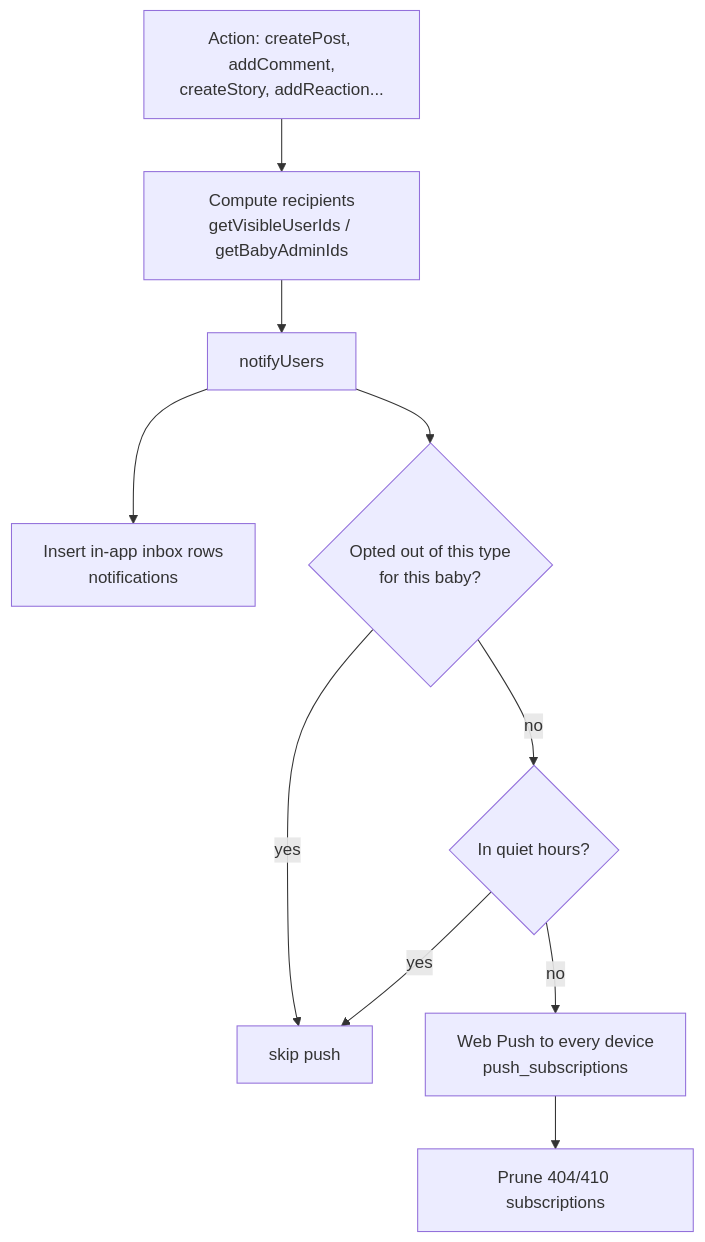
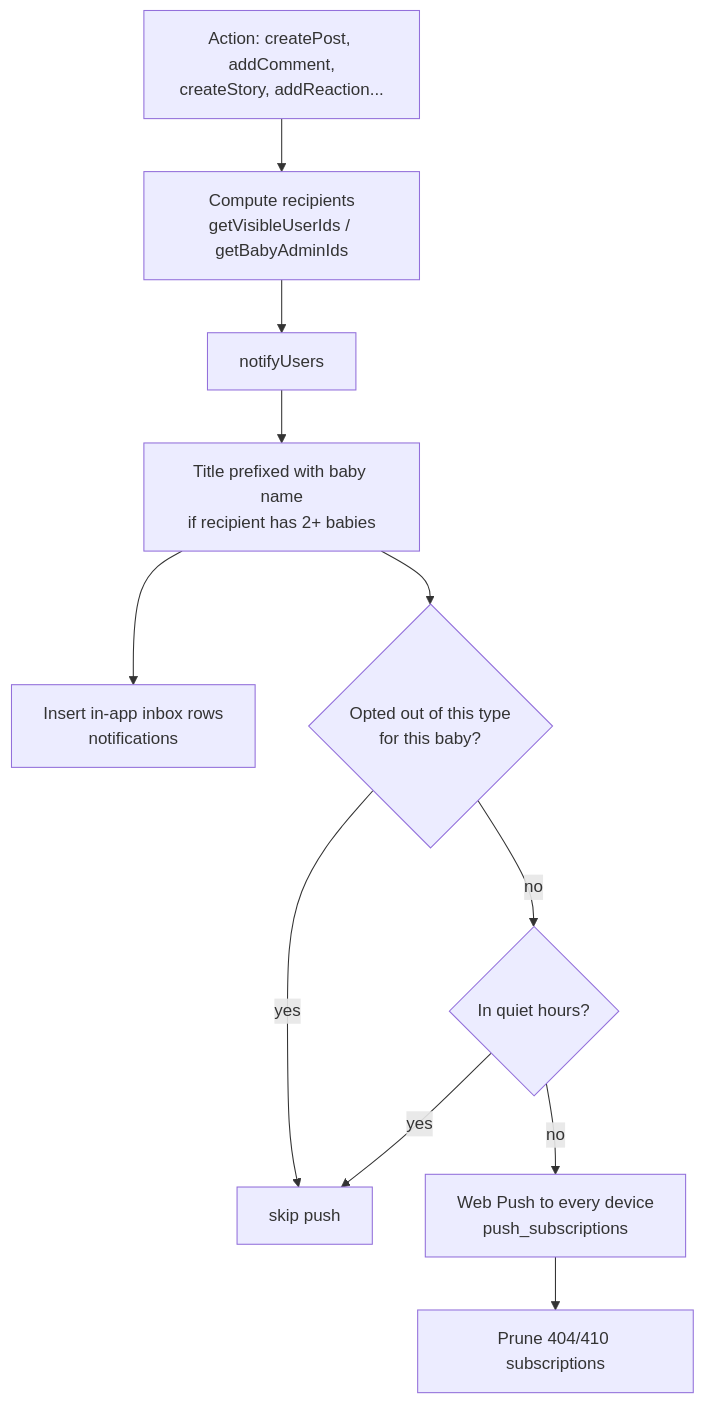
One commit to BaptisteBergmann/lepetitmonde changed the diagram in docs/architecture/Notifications pipeline.md. Above: the diagram before and after it, drawn with Mermaid. The commit also changed other lines of this file and 1 other file, not shown here.

Commit message:
docs(notifications): document baby-name prefix and per-baby tag

````diff
--- a/docs/architecture/Notifications pipeline.md
+++ b/docs/architecture/Notifications pipeline.md
@@ -11,12 +11,13 @@
 ```mermaid
 flowchart TD
   A[Action: createPost, addComment,<br/>createStory, addReaction...] --> R[Compute recipients<br/>getVisibleUserIds / getBabyAdminIds]
   R --> N[notifyUsers]
-  N --> I[Insert in-app inbox rows<br/>notifications]
-  N --> O{Opted out of this type<br/>for this baby?}
+  N --> T[Title prefixed with baby name<br/>if recipient has 2+ babies]
+  T --> I[Insert in-app inbox rows<br/>notifications]
+  T --> O{Opted out of this type<br/>for this baby?}
   O -- yes --> SKIP[skip push]
   O -- no --> Q{In quiet hours?}
   Q -- yes --> SKIP
   Q -- no --> P[Web Push to every device<br/>push_subscriptions]
   P --> G[Prune 404/410 subscriptions]
 ```
````
